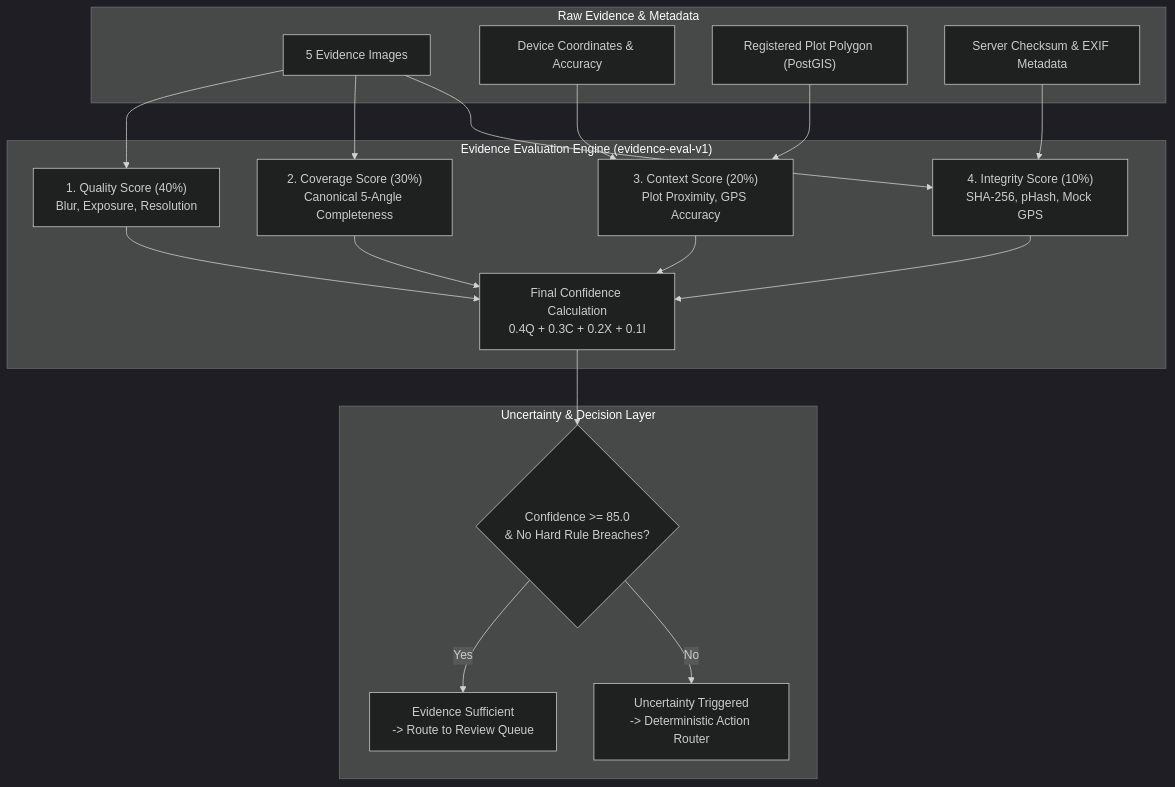
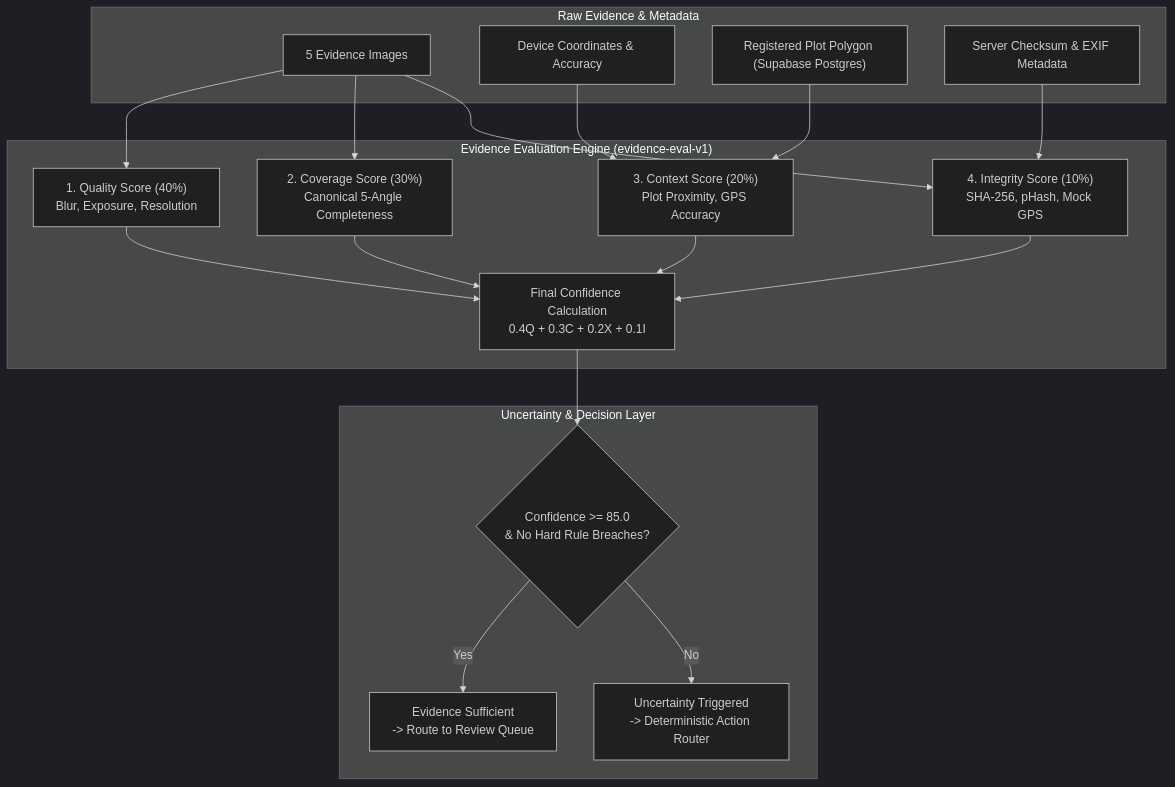
One commit to dhrrishitvdeka/Fasal-Pramaan changed the first of 2 diagrams in docs/evidence-evaluation.md. Above: the diagram before and after it, drawn with Mermaid (dark theme). The commit also changed other lines of this file and 924 other files, not shown here.

````diff
--- a/docs/evidence-evaluation.md
+++ b/docs/evidence-evaluation.md
@@ -30,40 +30,40 @@
 ```mermaid
 flowchart TD
   subgraph Input["Raw Evidence & Metadata"]
     Images["5 Evidence Images"]
     GPS["Device Coordinates & Accuracy"]
-    Plot["Registered Plot Polygon (PostGIS)"]
+    Plot["Registered Plot Polygon (Supabase Postgres)"]
     Meta["Server Checksum & EXIF Metadata"]
   end
 
   subgraph Engine["Evidence Evaluation Engine (evidence-eval-v1)"]
     Q["1. Quality Score (40%)\nBlur, Exposure, Resolution"]
     C["2. Coverage Score (30%)\nCanonical 5-Angle Completeness"]
     X["3. Context Score (20%)\nPlot Proximity, GPS Accuracy"]
     I["4. Integrity Score (10%)\nSHA-256, pHash, Mock GPS"]
     
     Formula["Final Confidence Calculation\n0.4Q + 0.3C + 0.2X + 0.1I"]
     
     Q --> Formula
     C --> Formula
     X --> Formula
     I --> Formula
   end
 
   subgraph Decision["Uncertainty & Decision Layer"]
     Threshold{"Confidence >= 85.0\n& No Hard Rule Breaches?"}
     Pass["Evidence Sufficient\n-> Route to Review Queue"]
     Fail["Uncertainty Triggered\n-> Deterministic Action Router"]
     
     Formula --> Threshold
     Threshold -->|"Yes"| Pass
     Threshold -->|"No"| Fail
   end
 
   Images --> Q
   Images --> C
   GPS --> X
   Plot --> X
   Meta --> I
   Images --> I
 ```
````
